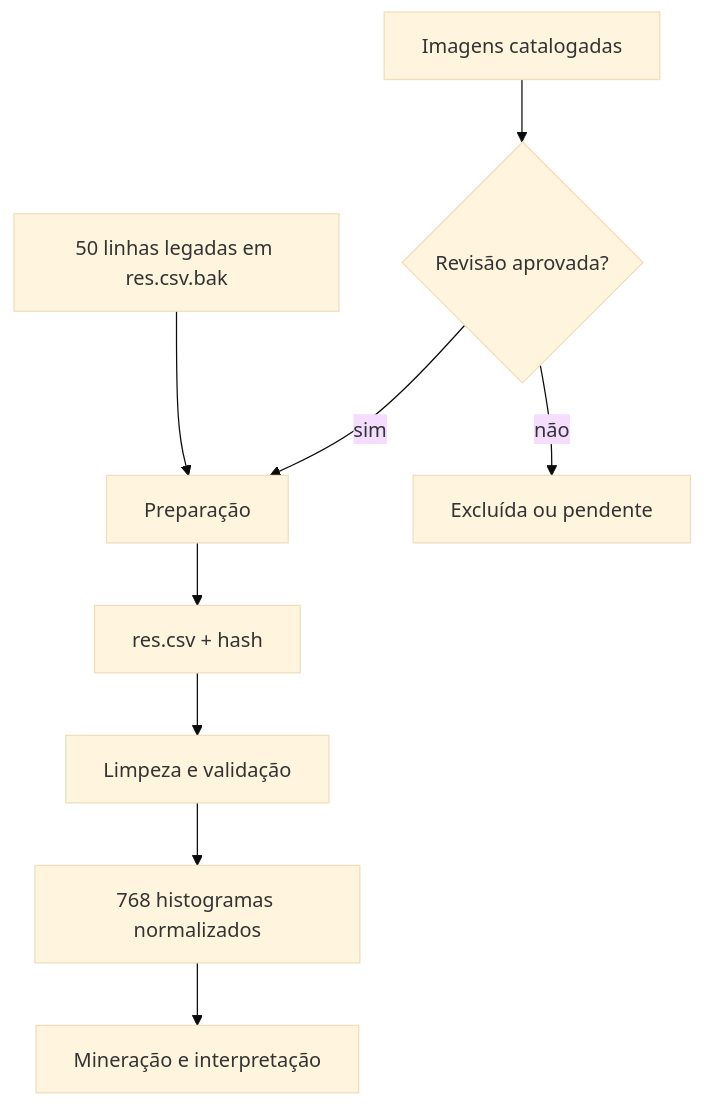
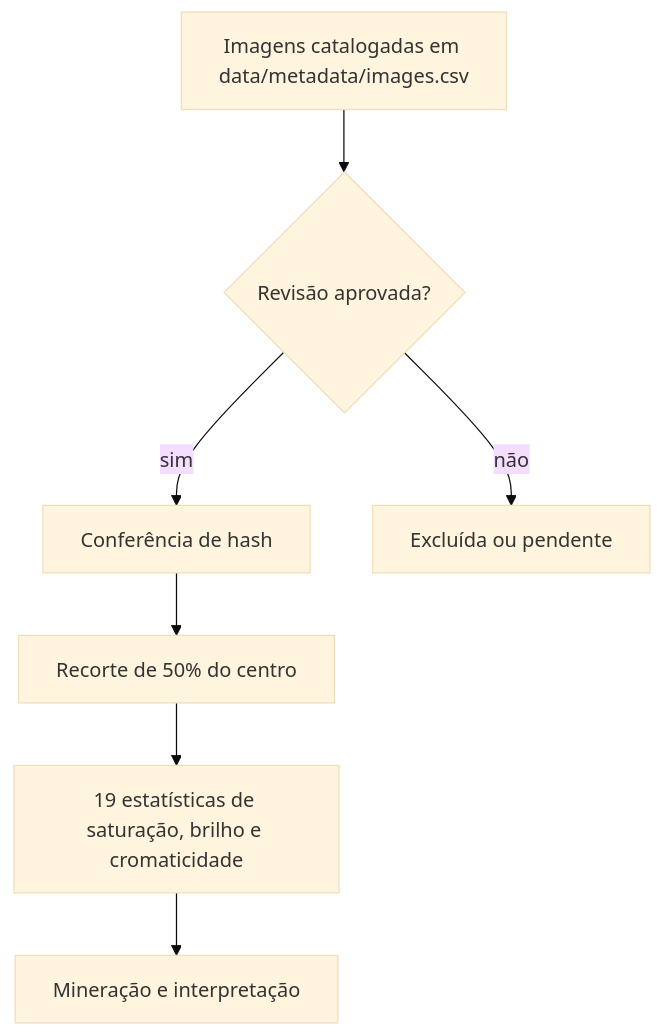
Before and after one commit to PedroArlyx/water-clarity-classifier: the second of 6 diagrams in docs/ARQUITETURA.md, drawn with Mermaid (base theme). The commit also changed other lines of this file and 25 other files, not shown here.

````diff
--- a/docs/ARQUITETURA.md
+++ b/docs/ARQUITETURA.md
@@ -21,11 +21,9 @@
 ```mermaid
 flowchart TD
-    A[50 linhas legadas em res.csv.bak] --> D[Preparação]
-    B[Imagens catalogadas] --> C{Revisão aprovada?}
-    C -- sim --> D
+    B[Imagens catalogadas em data/metadata/images.csv] --> C{Revisão aprovada?}
+    C -- sim --> D[Conferência de hash]
     C -- não --> X[Excluída ou pendente]
-    D --> E[res.csv + hash]
-    E --> F[Limpeza e validação]
-    F --> G[768 histogramas normalizados]
+    D --> F[Recorte de 50% do centro]
+    F --> G[19 estatísticas de saturação, brilho e cromaticidade]
     G --> J[Mineração e interpretação]
 ```
````
